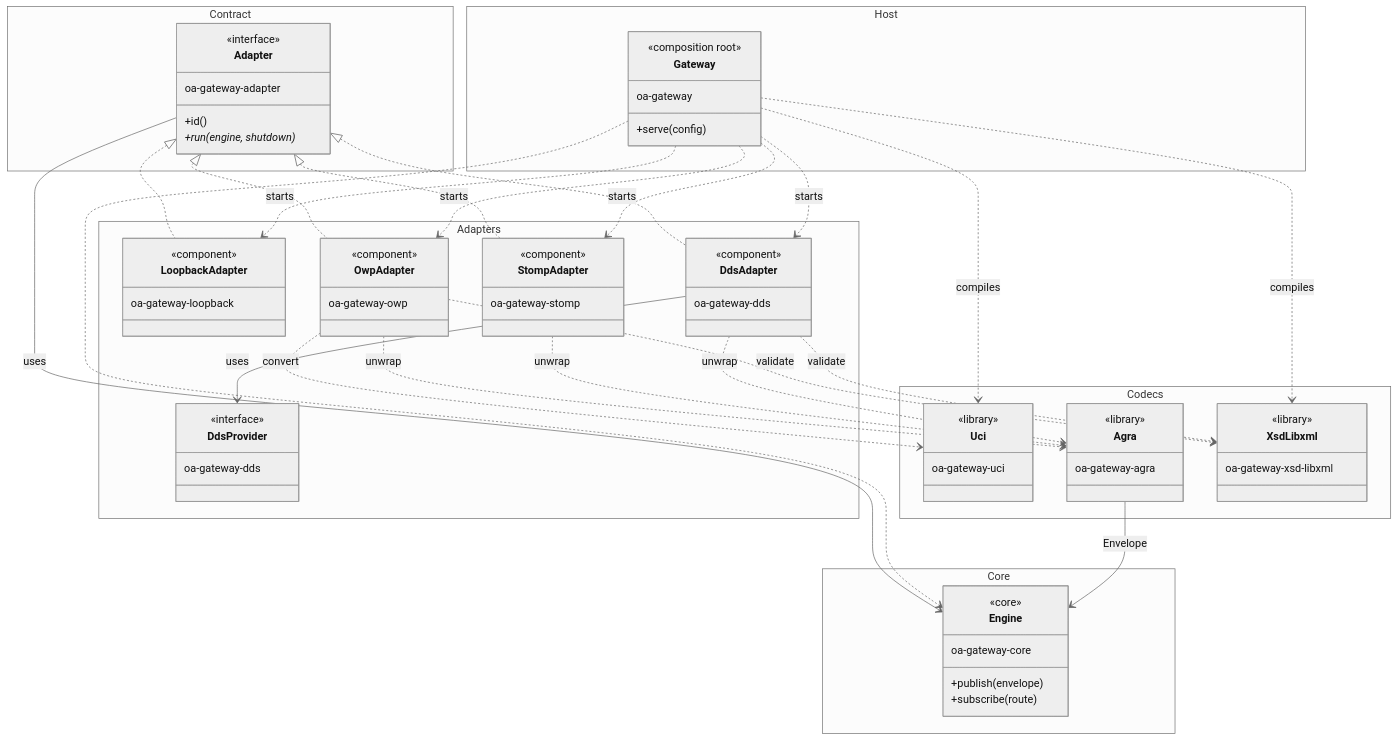
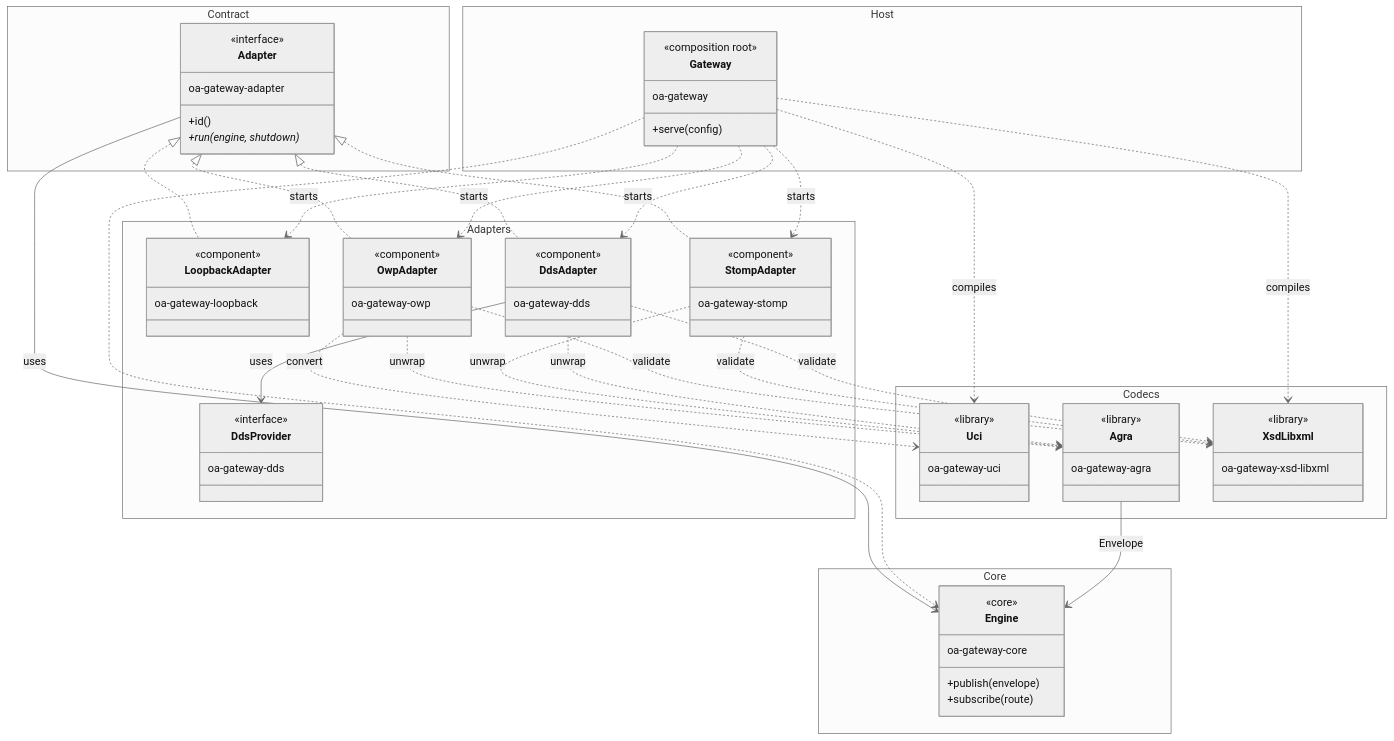
Before and after one commit to OpenAutonomy/oa-gateway: the first of 2 diagrams in docs/architecture.md, drawn with Mermaid (neutral theme). The commit also changed other lines of this file and 11 other files, not shown here.

First line of the commit message:
Validate STOMP traffic against the UCI/A-GRA schema, both directions (#68)

```diff
--- a/docs/architecture.md
+++ b/docs/architecture.md
@@ -92,6 +92,7 @@
     OwpAdapter ..> Uci : convert
     OwpAdapter ..> XsdLibxml : validate
     OwpAdapter ..> Agra : unwrap
+    StompAdapter ..> XsdLibxml : validate
     StompAdapter ..> Agra : unwrap
     DdsAdapter ..> XsdLibxml : validate
     DdsAdapter ..> Agra : unwrap
```
